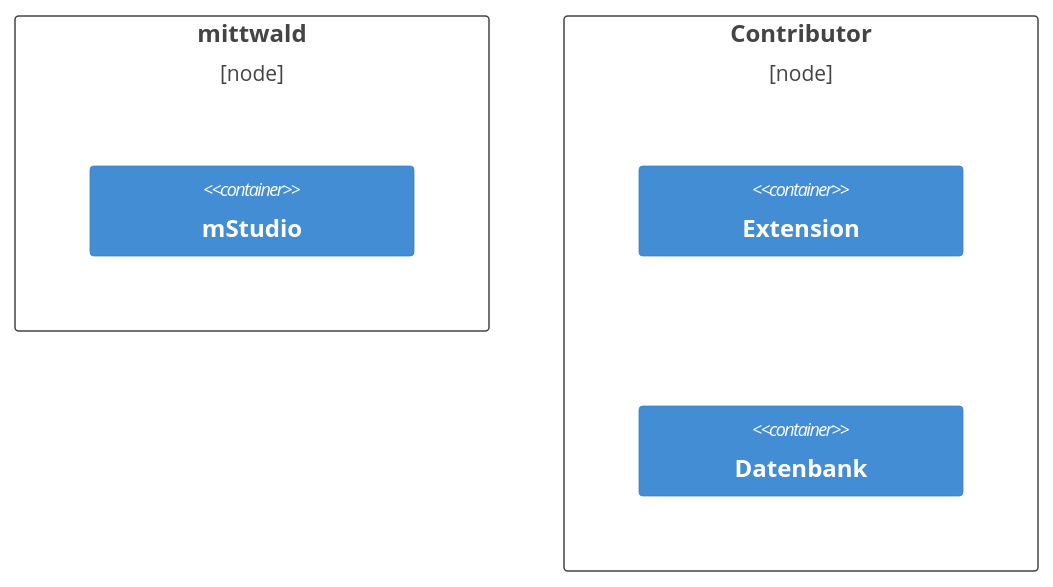
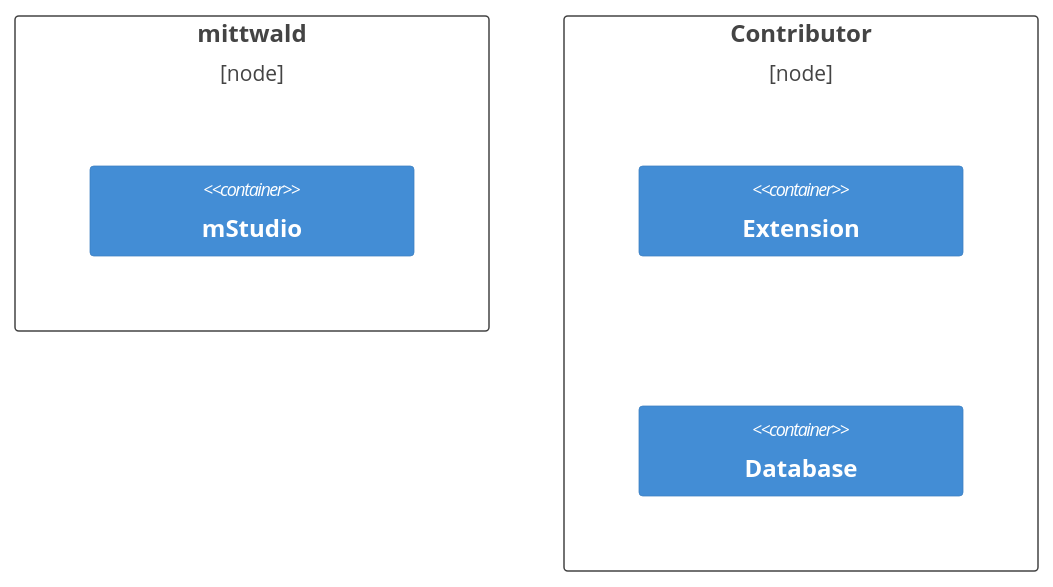
Before and after one commit to mittwald/developer-portal: the third of 4 diagrams in docs/contribution/3-overview/2-architecture.mdx, drawn with Mermaid. The commit also changed other lines of this file, not shown here.

````diff
--- a/docs/contribution/3-overview/2-architecture.mdx
+++ b/docs/contribution/3-overview/2-architecture.mdx
@@ -96,10 +96,10 @@
 ```mermaid
 C4Deployment
   Deployment_Node(mittwald, "mittwald") {
     Container(mstudio, "mStudio")
   }
   Deployment_Node(contributor, "Contributor") {
     Container(extension, "Extension")
-    Container(db, "Datenbank")
+    Container(db, "Database")
   }
 ```
````
